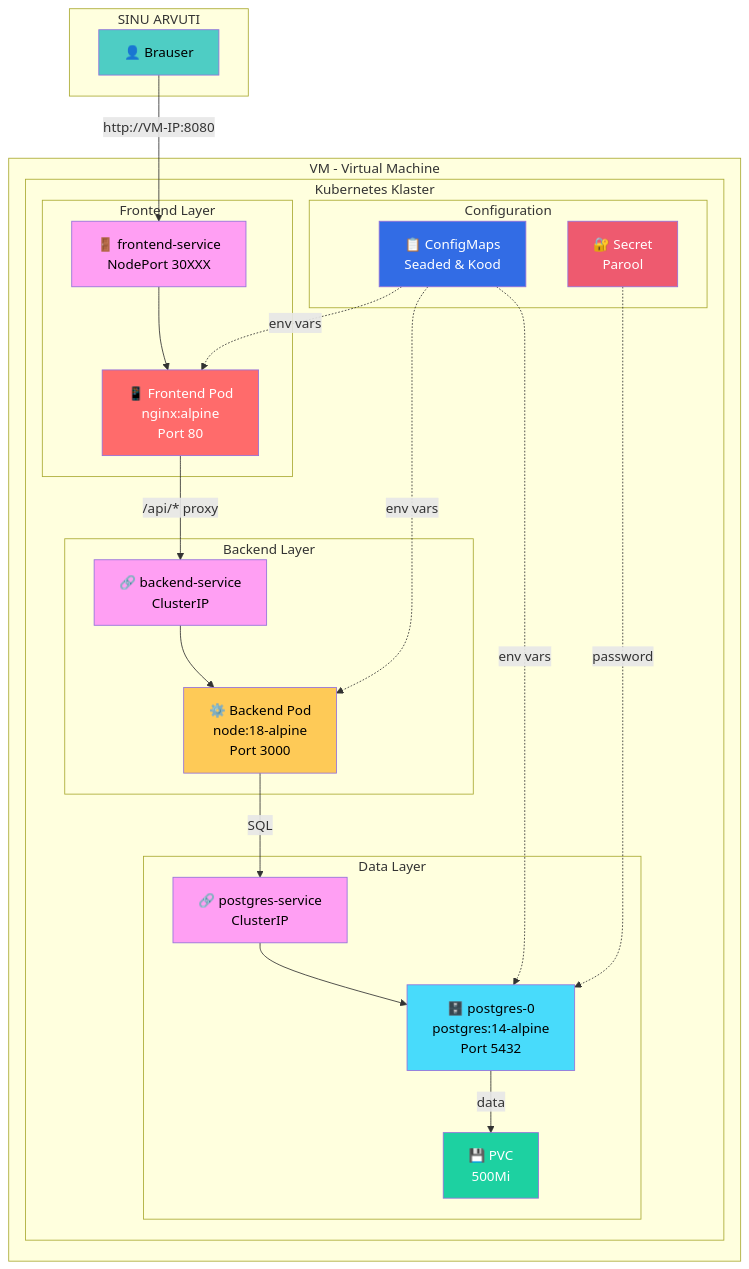
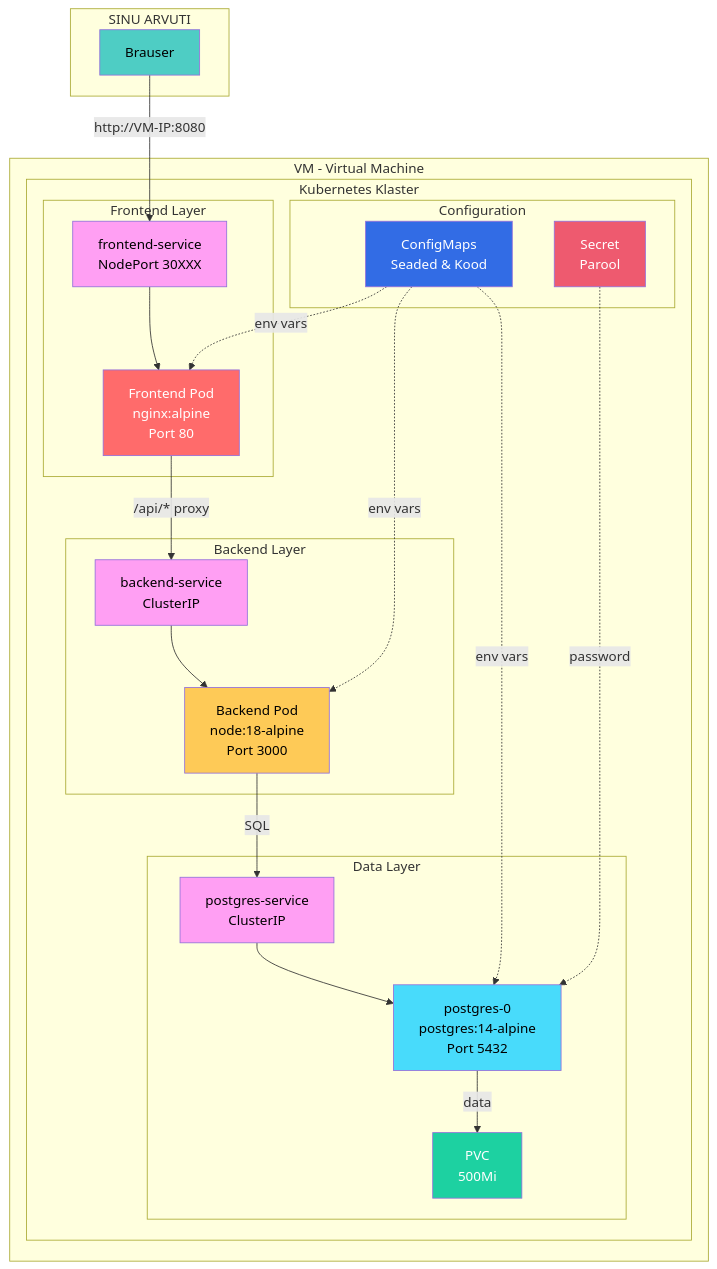
The first of 4 diagrams in kubernetes/labor.md (mtalvik/automatiseerimine_ext), drawn with Mermaid before and after one commit. The commit also changed other lines of this file and 125 other files, not shown here.

````diff
--- a/kubernetes/labor.md
+++ b/kubernetes/labor.md
@@ -43,55 +97,55 @@
 ```mermaid
 graph TB
     subgraph "SINU ARVUTI"
-        USER[👤 Brauser]
+        USER[ Brauser]
     end
     
     subgraph "VM - Virtual Machine"
         subgraph "Kubernetes Klaster"
             subgraph "Frontend Layer"
-                FE[📱 Frontend Pod<br/>nginx:alpine<br/>Port 80]
-                FESVC[🚪 frontend-service<br/>NodePort 30XXX]
+                FE[ Frontend Pod<br/>nginx:alpine<br/>Port 80]
+                FESVC[ frontend-service<br/>NodePort 30XXX]
             end
             
             subgraph "Backend Layer"
-                BE[⚙️ Backend Pod<br/>node:18-alpine<br/>Port 3000]
-                BESVC[🔗 backend-service<br/>ClusterIP]
+                BE[ Backend Pod<br/>node:18-alpine<br/>Port 3000]
+                BESVC[ backend-service<br/>ClusterIP]
             end
             
             subgraph "Data Layer"
-                DB[🗄️ postgres-0<br/>postgres:14-alpine<br/>Port 5432]
-                DBSVC[🔗 postgres-service<br/>ClusterIP]
-                PVC[💾 PVC<br/>500Mi]
+                DB[ postgres-0<br/>postgres:14-alpine<br/>Port 5432]
+                DBSVC[ postgres-service<br/>ClusterIP]
+                PVC[ PVC<br/>500Mi]
             end
             
             subgraph "Configuration"
-                CM[📋 ConfigMaps<br/>Seaded & Kood]
-                SEC[🔐 Secret<br/>Parool]
+                CM[ ConfigMaps<br/>Seaded & Kood]
+                SEC[ Secret<br/>Parool]
             end
         end
     end
     
     USER -->|http://VM-IP:8080| FESVC
     FESVC --> FE
     FE -->|/api/* proxy| BESVC
     BESVC --> BE
     BE -->|SQL| DBSVC
     DBSVC --> DB
     DB -->|data| PVC
     
     CM -.->|env vars| FE
     CM -.->|env vars| BE
     CM -.->|env vars| DB
     SEC -.->|password| DB
     
     style USER fill:#4ecdc4,color:#000
     style FE fill:#ff6b6b,color:#fff
     style BE fill:#feca57,color:#000
     style DB fill:#48dbfb,color:#000
     style FESVC fill:#ff9ff3,color:#000
     style BESVC fill:#ff9ff3,color:#000
     style DBSVC fill:#ff9ff3,color:#000
     style PVC fill:#1dd1a1,color:#fff
     style CM fill:#326ce5,color:#fff
     style SEC fill:#ee5a6f,color:#fff
 ```
````
